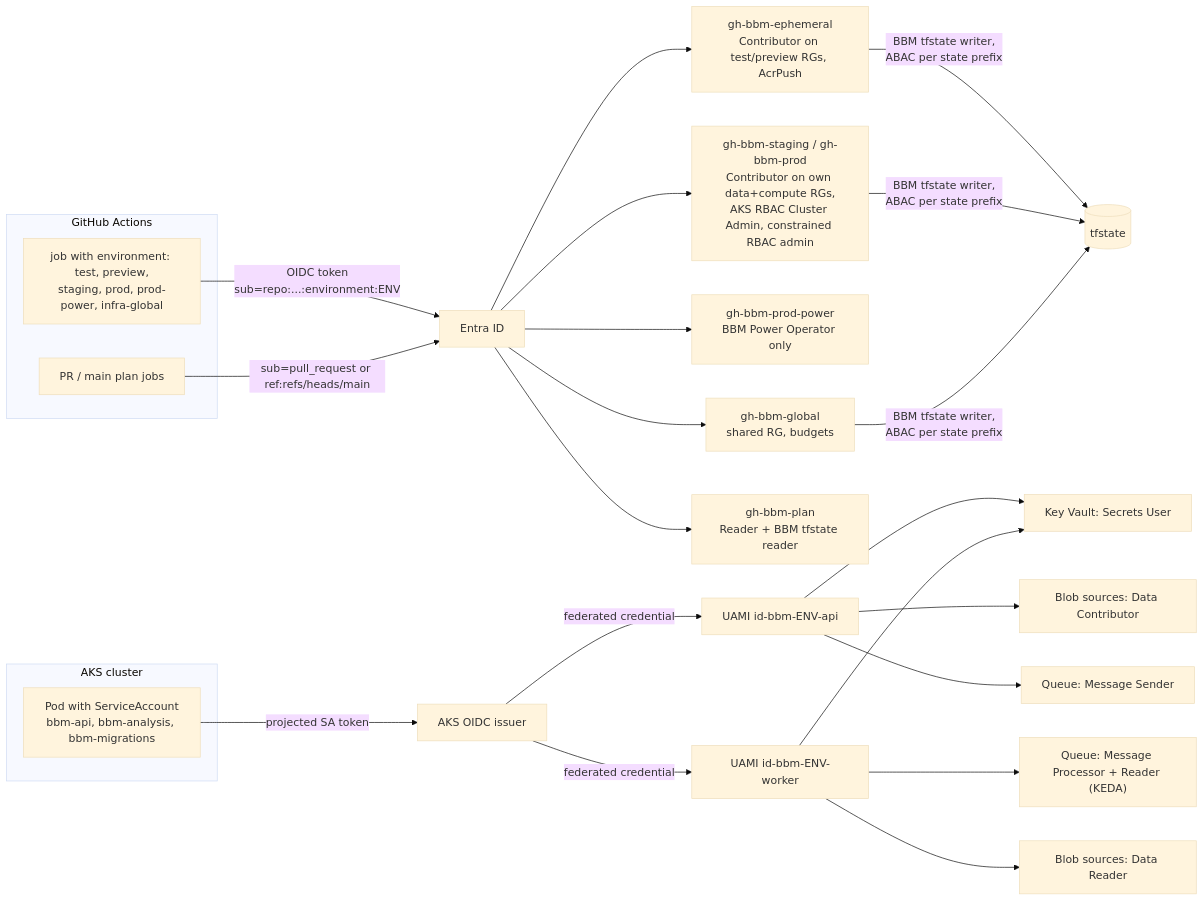
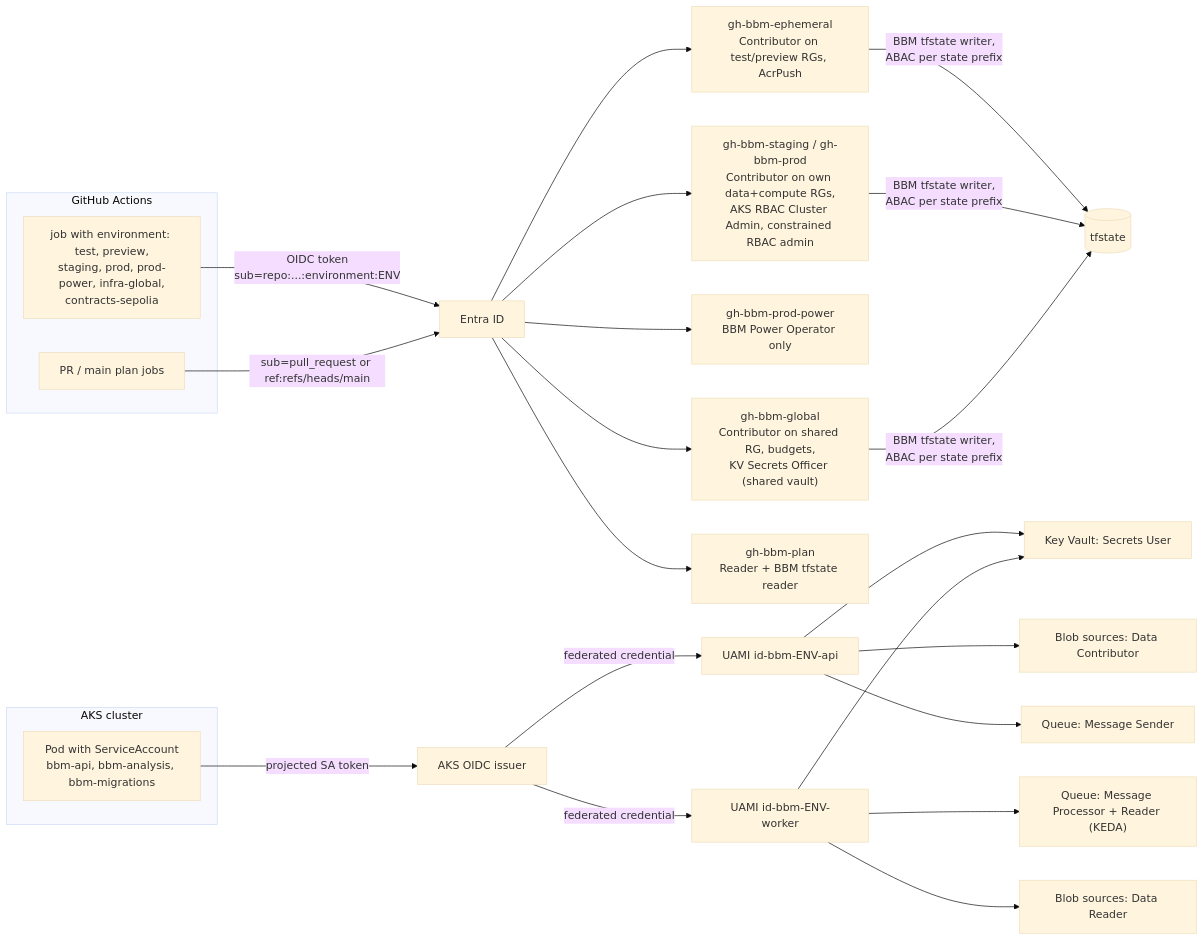
The third of 4 diagrams in docs/devops/architecture.md (LoistCloist/bug-bounty-marketplace), drawn with Mermaid (base theme) before and after one commit. The commit also changed other lines of this file and 2 other files, not shown here.

````diff
--- a/docs/devops/architecture.md
+++ b/docs/devops/architecture.md
@@ -148,28 +148,28 @@
 ```mermaid
 flowchart LR
     subgraph GH["GitHub Actions"]
-        JOB["job with environment: test, preview,<br/>staging, prod, prod-power, infra-global"]
+        JOB["job with environment: test, preview,<br/>staging, prod, prod-power, infra-global,<br/>contracts-sepolia"]
         PR["PR / main plan jobs"]
     end
     JOB -- "OIDC token<br/>sub=repo:...:environment:ENV" --> ENTRA["Entra ID"]
     PR -- "sub=pull_request or ref:refs/heads/main" --> ENTRA
     ENTRA --> EPH["gh-bbm-ephemeral<br/>Contributor on test/preview RGs, AcrPush"]
     ENTRA --> STG["gh-bbm-staging / gh-bbm-prod<br/>Contributor on own data+compute RGs,<br/>AKS RBAC Cluster Admin, constrained RBAC admin"]
     ENTRA --> PWR["gh-bbm-prod-power<br/>BBM Power Operator only"]
-    ENTRA --> GLB["gh-bbm-global<br/>shared RG, budgets"]
+    ENTRA --> GLB["gh-bbm-global<br/>Contributor on shared RG, budgets,<br/>KV Secrets Officer (shared vault)"]
     ENTRA --> PLAN["gh-bbm-plan<br/>Reader + BBM tfstate reader"]
     EPH & STG & GLB -- "BBM tfstate writer,<br/>ABAC per state prefix" --> TFS[("tfstate")]
 
     subgraph K8s["AKS cluster"]
         SA["Pod with ServiceAccount<br/>bbm-api, bbm-analysis, bbm-migrations"]
     end
     SA -- "projected SA token" --> ISS["AKS OIDC issuer"]
     ISS -- "federated credential" --> UAPI["UAMI id-bbm-ENV-api"]
     ISS -- "federated credential" --> UWRK["UAMI id-bbm-ENV-worker"]
     UAPI --> KV["Key Vault: Secrets User"]
     UAPI --> BLOB["Blob sources: Data Contributor"]
     UAPI --> QS["Queue: Message Sender"]
     UWRK --> KV
     UWRK --> QP["Queue: Message Processor + Reader (KEDA)"]
     UWRK --> BLOBR["Blob sources: Data Reader"]
 ```
````
